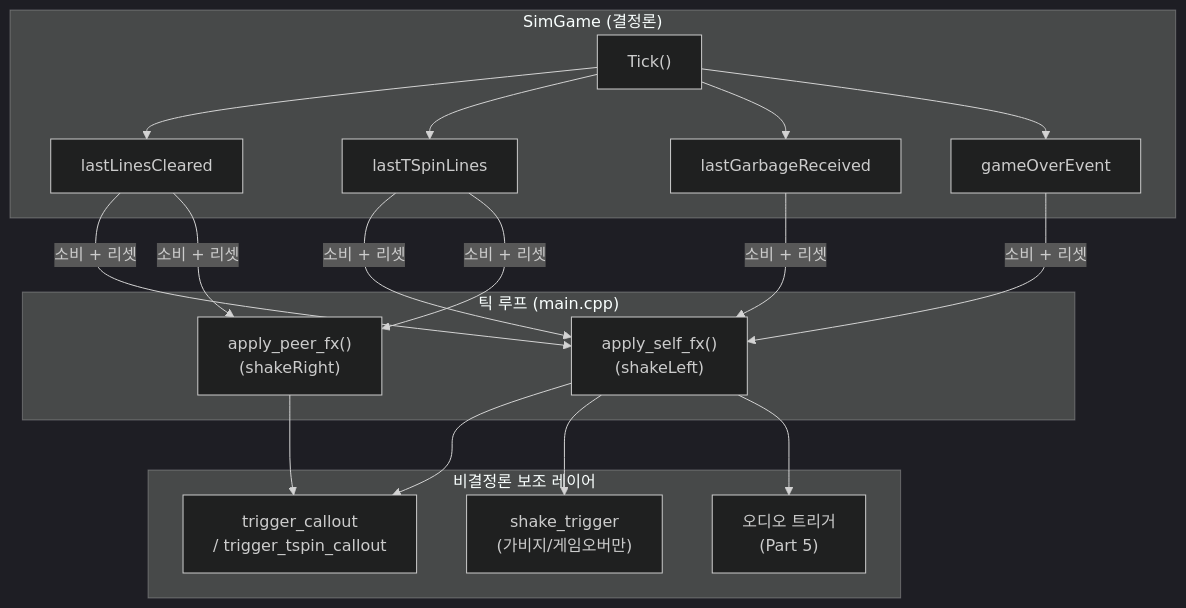
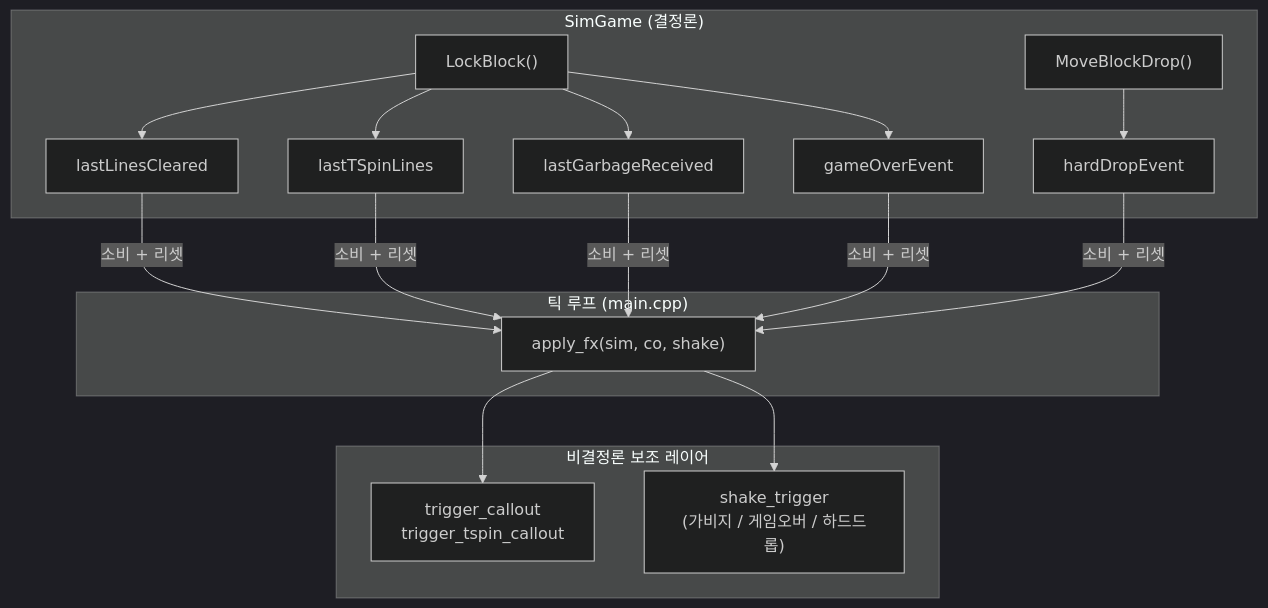
Before and after one commit to Rein-ArXiv/Tetris-Multiplayer-RL: the ninth of 12 diagrams in docs/blog/part4-game-wrapper-and-loop.md, drawn with Mermaid (dark theme). The commit also changed other lines of this file and 41 other files, not shown here.

````diff
--- a/docs/blog/part4-game-wrapper-and-loop.md
+++ b/docs/blog/part4-game-wrapper-and-loop.md
@@ -895,30 +1594,25 @@
 ```mermaid
 graph TB
     subgraph Sim["SimGame (결정론)"]
-        T["Tick()"] --> F1["lastLinesCleared"]
-        T --> F2["lastTSpinLines"]
-        T --> F3["lastGarbageReceived"]
-        T --> F4["gameOverEvent"]
+        LB["LockBlock()"] --> F1["lastLinesCleared"]
+        LB --> F2["lastTSpinLines"]
+        LB --> F3["lastGarbageReceived"]
+        LB --> F4["gameOverEvent"]
+        MD["MoveBlockDrop()"] --> F5["hardDropEvent"]
     end
     subgraph Loop["틱 루프 (main.cpp)"]
-        AS["apply_self_fx()<br/>(shakeLeft)"]
-        AP["apply_peer_fx()<br/>(shakeRight)"]
+        FX["apply_fx(sim, co, shake)"]
     end
-    subgraph FX["비결정론 보조 레이어"]
-        SH["shake_trigger<br/>(가비지/게임오버만)"]
-        CO["trigger_callout<br/>/ trigger_tspin_callout"]
-        AU["오디오 트리거<br/>(Part 5)"]
+    subgraph NDT["비결정론 보조 레이어"]
+        CO["trigger_callout<br/>trigger_tspin_callout"]
+        SH["shake_trigger<br/>(가비지 / 게임오버 / 하드드롭)"]
     end
 
-    F1 -->|소비 + 리셋| AS
-    F2 -->|소비 + 리셋| AS
-    F3 -->|소비 + 리셋| AS
-    F4 -->|소비 + 리셋| AS
-    F1 -->|소비 + 리셋| AP
-    F2 -->|소비 + 리셋| AP
-
-    AS --> CO
-    AS --> SH
-    AS --> AU
-    AP --> CO
+    F1 -->|소비 + 리셋| FX
+    F2 -->|소비 + 리셋| FX
+    F3 -->|소비 + 리셋| FX
+    F4 -->|소비 + 리셋| FX
+    F5 -->|소비 + 리셋| FX
+    FX --> CO
+    FX --> SH
 ```
````
